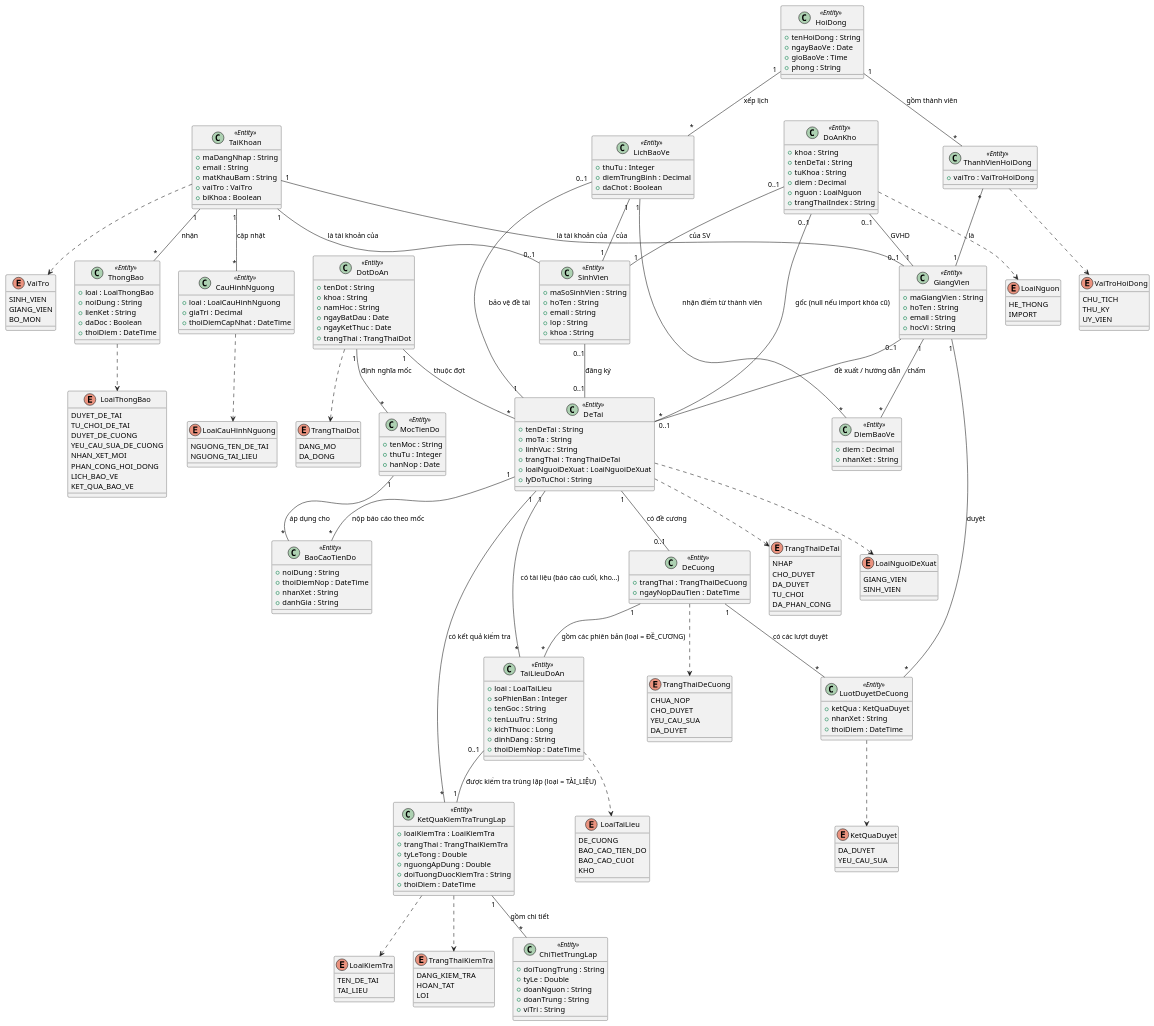
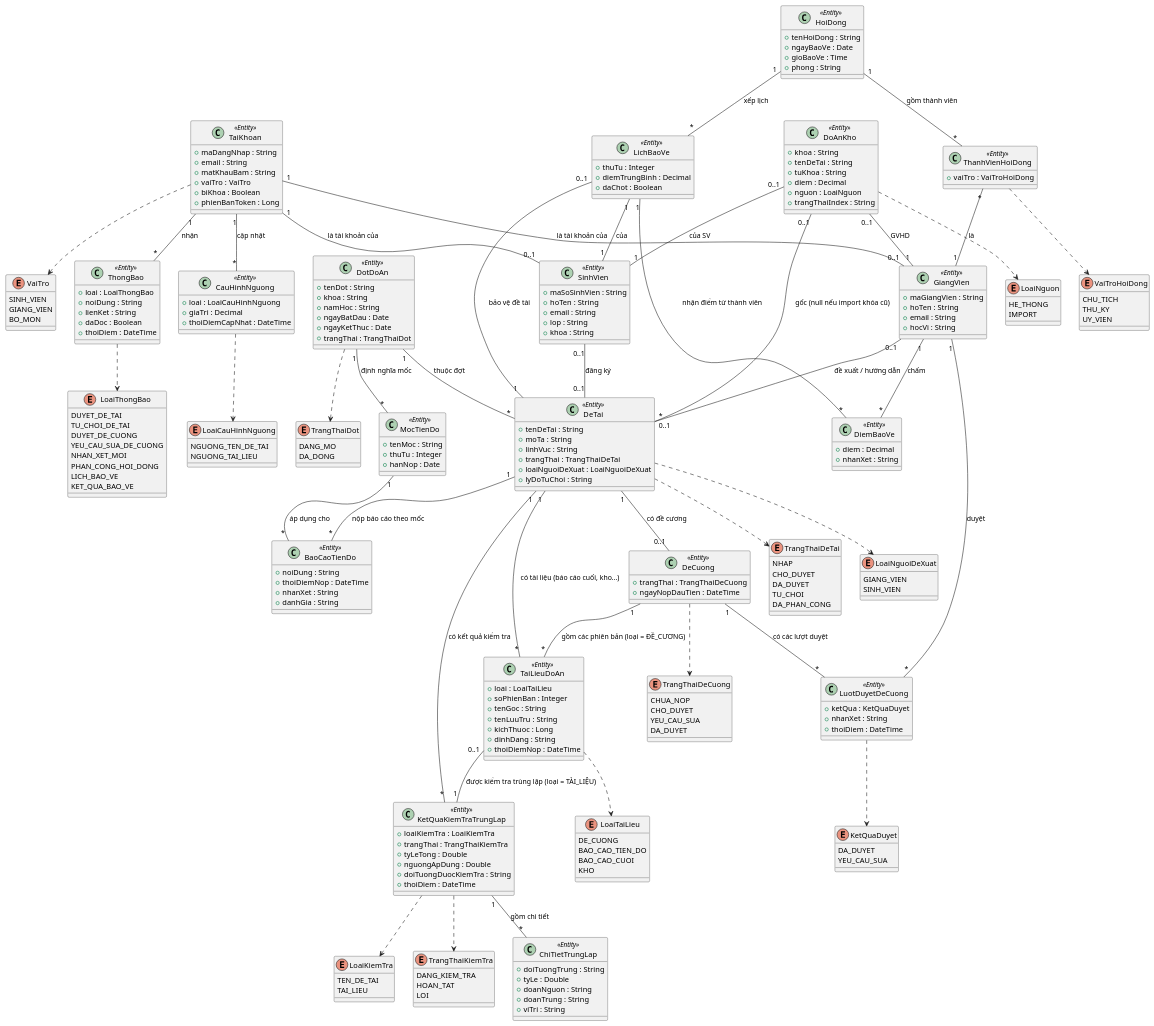
Before and after one commit to dtc235200036-alt/ICTU-DATN-NguyenThiMaiAnh: the diagram in docs/chuong-3-thiet-ke/so-do-lop/lop-thuc-the.puml, drawn with PlantUML. The commit also changed 6 other files, not shown here.

First line of the commit message:
docs(02): write phien_ban_token (WR-04) back into ERD, class diagram and data dictionary

```diff
--- a/docs/chuong-3-thiet-ke/so-do-lop/lop-thuc-the.puml
+++ b/docs/chuong-3-thiet-ke/so-do-lop/lop-thuc-the.puml
@@ -93,6 +93,7 @@
   +matKhauBam : String
   +vaiTro : VaiTro
   +biKhoa : Boolean
+  +phienBanToken : Long
 }
 
 ' =====================================================================
```
